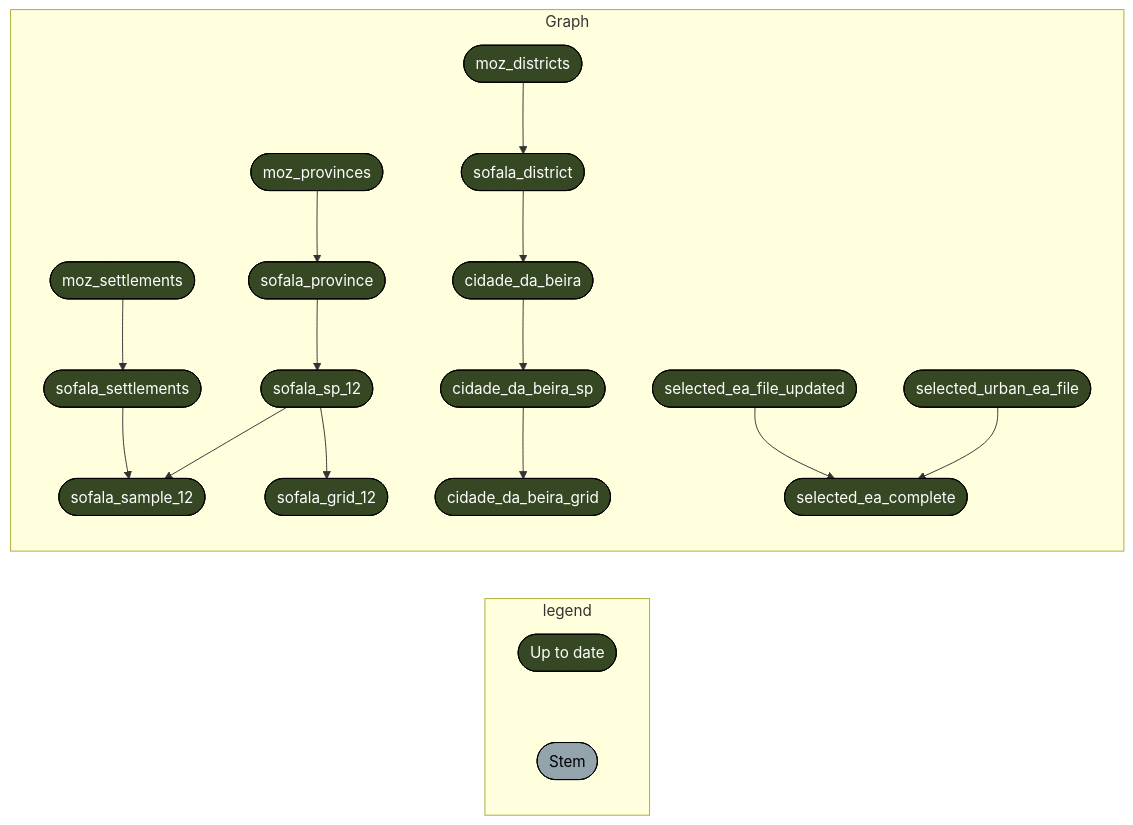
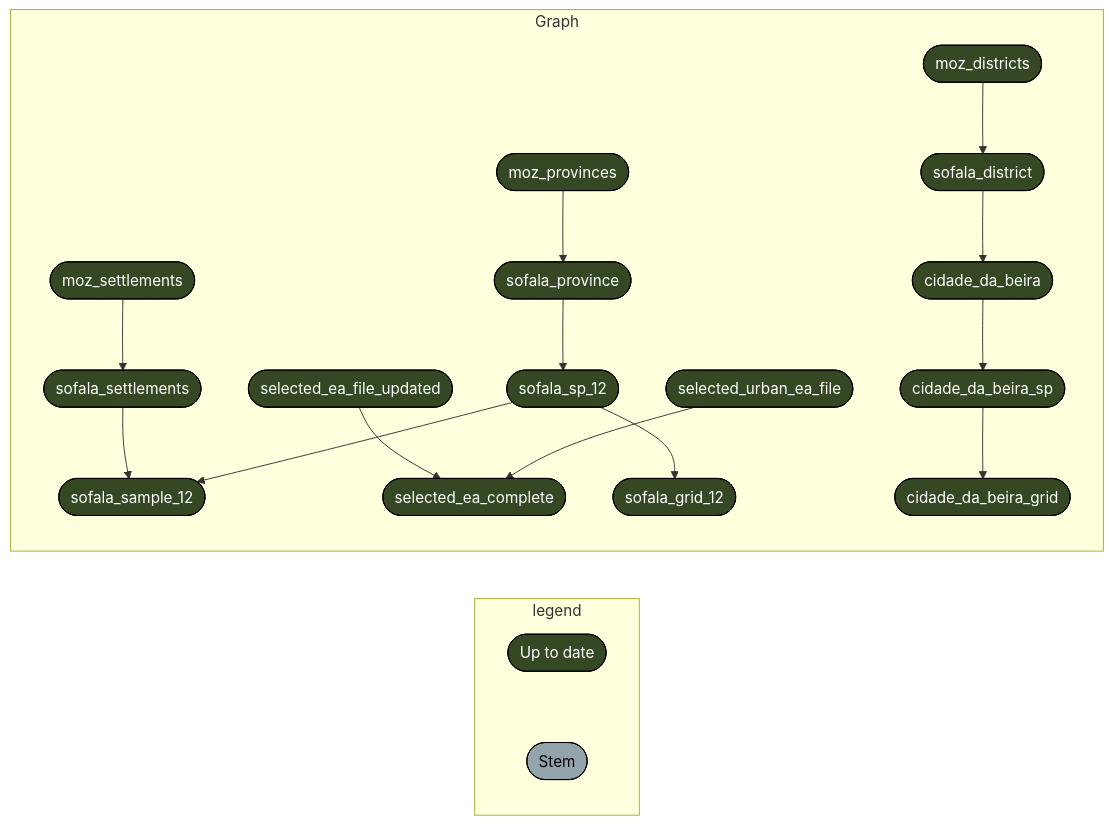
One commit to katilingban/mozambique-s3m changed the first of 4 diagrams in README.md. Above: the diagram before and after it, drawn with Mermaid. The commit also changed other lines of this file and 6 other files, not shown here.

````diff
--- a/README.md
+++ b/README.md
@@ -29,23 +29,23 @@
 ``` mermaid
 graph LR
   subgraph legend
     x7420bd9270f8d27d([""Up to date""]):::uptodate --- xbf4603d6c2c2ad6b([""Stem""]):::none
   end
   subgraph Graph
+    x2ae35f7d7ffcedde(["moz_districts"]):::uptodate --> xac05260670c94749(["sofala_district"]):::uptodate
     xeb7dee2731da6b05(["moz_settlements"]):::uptodate --> xb7ac41c07a011c84(["sofala_settlements"]):::uptodate
-    x216c8615edb5b18d(["cidade_da_beira_sp"]):::uptodate --> x91135f521fae67c1(["cidade_da_beira_grid"]):::uptodate
     x75893273a2726411(["moz_provinces"]):::uptodate --> x89b92e016b1a0789(["sofala_province"]):::uptodate
-    x89b92e016b1a0789(["sofala_province"]):::uptodate --> x36ac982d46cbe0a5(["sofala_sp_12"]):::uptodate
-    x07b06a64d6979765(["cidade_da_beira"]):::uptodate --> x216c8615edb5b18d(["cidade_da_beira_sp"]):::uptodate
     xb7ac41c07a011c84(["sofala_settlements"]):::uptodate --> xbac0d63338e90727(["sofala_sample_12"]):::uptodate
     x36ac982d46cbe0a5(["sofala_sp_12"]):::uptodate --> xbac0d63338e90727(["sofala_sample_12"]):::uptodate
     xac05260670c94749(["sofala_district"]):::uptodate --> x07b06a64d6979765(["cidade_da_beira"]):::uptodate
-    x2ae35f7d7ffcedde(["moz_districts"]):::uptodate --> xac05260670c94749(["sofala_district"]):::uptodate
     x3fcad629bf609680(["selected_ea_file_updated"]):::uptodate --> x92e3f678d50e7191(["selected_ea_complete"]):::uptodate
     xfdb6a9b6a0e24e2c(["selected_urban_ea_file"]):::uptodate --> x92e3f678d50e7191(["selected_ea_complete"]):::uptodate
+    x89b92e016b1a0789(["sofala_province"]):::uptodate --> x36ac982d46cbe0a5(["sofala_sp_12"]):::uptodate
     x36ac982d46cbe0a5(["sofala_sp_12"]):::uptodate --> x3e8475df052020ee(["sofala_grid_12"]):::uptodate
+    x216c8615edb5b18d(["cidade_da_beira_sp"]):::uptodate --> x91135f521fae67c1(["cidade_da_beira_grid"]):::uptodate
+    x07b06a64d6979765(["cidade_da_beira"]):::uptodate --> x216c8615edb5b18d(["cidade_da_beira_sp"]):::uptodate
   end
   classDef uptodate stroke:#000000,color:#ffffff,fill:#354823;
   classDef none stroke:#000000,color:#000000,fill:#94a4ac;
   linkStyle 0 stroke-width:0px;
 ```
````
